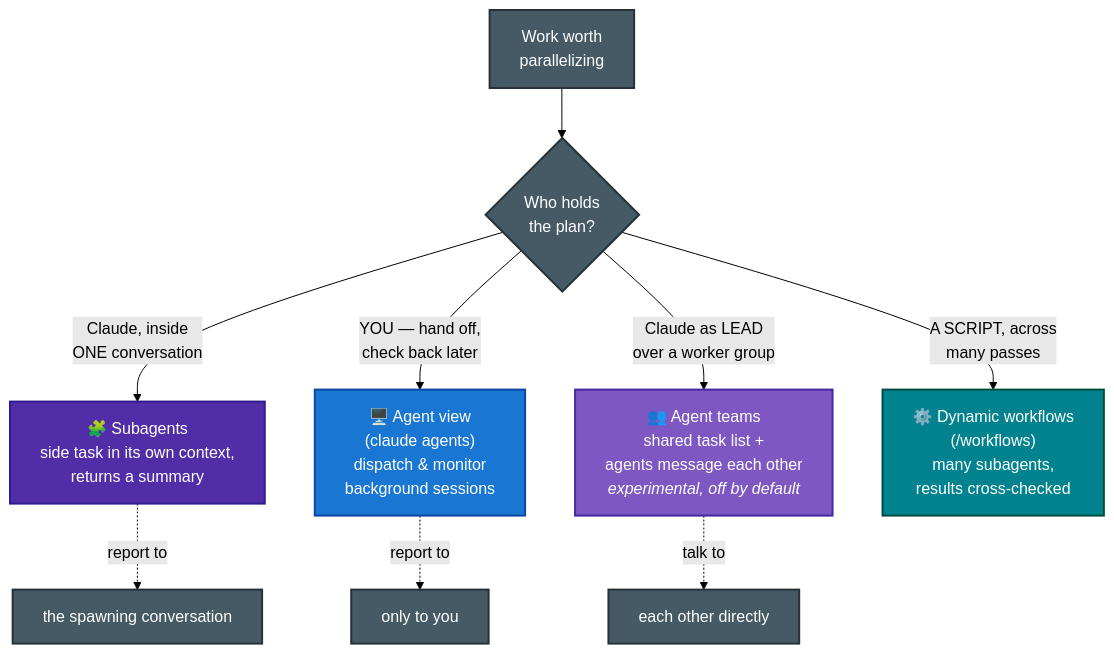
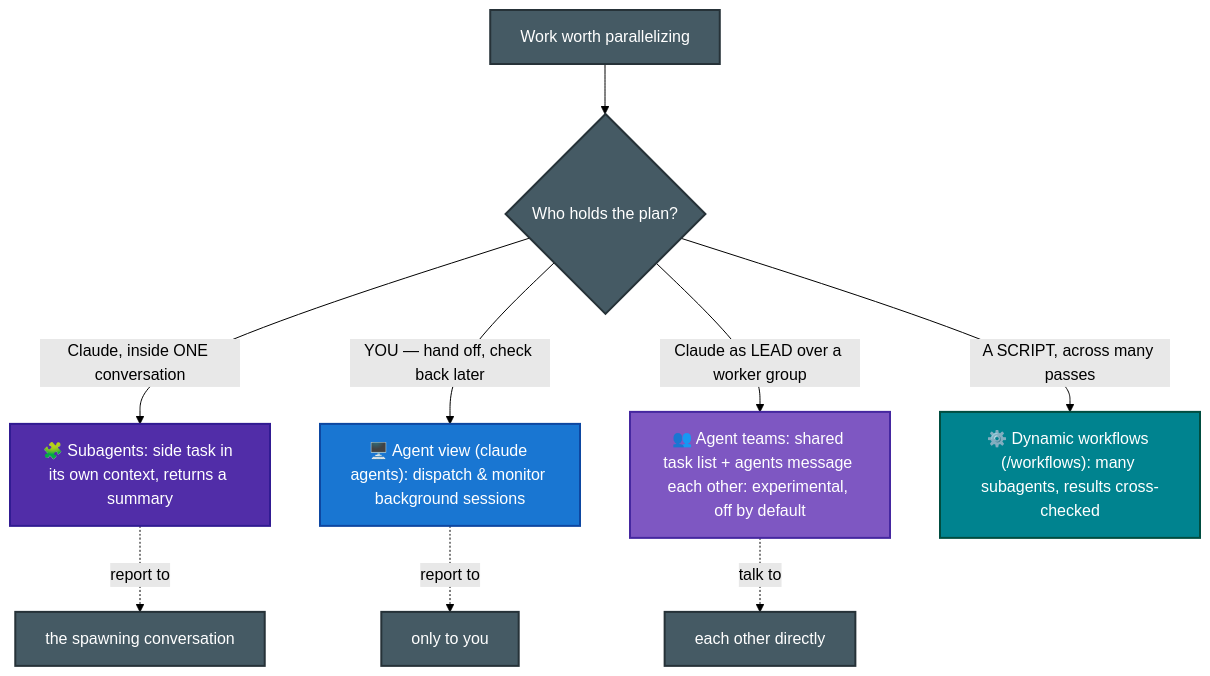
The eighth of 8 diagrams in CCA-F/domains/d1-agentic-architecture.md (parmar-m/claude-architect-certification-prep), drawn with Mermaid (forest theme) before and after one commit. The commit also changed other lines of this file and 25 other files, not shown here.

````diff
--- a/CCA-F/domains/d1-agentic-architecture.md
+++ b/CCA-F/domains/d1-agentic-architecture.md
@@ -746,21 +746,21 @@
 ```mermaid
 flowchart TD
-    Q["Work worth<br/>parallelizing"] --> WHO{"Who holds<br/>the plan?"}
-    WHO -- "Claude, inside<br/>ONE conversation" --> SUB["🧩 Subagents<br/>side task in its own context,<br/>returns a summary"]
-    WHO -- "YOU — hand off,<br/>check back later" --> AV["🖥️ Agent view<br/>(claude agents)<br/>dispatch &amp; monitor<br/>background sessions"]
-    WHO -- "Claude as LEAD<br/>over a worker group" --> AT["👥 Agent teams<br/>shared task list +<br/>agents message each other<br/><i>experimental, off by default</i>"]
-    WHO -- "A SCRIPT, across<br/>many passes" --> DW["⚙️ Dynamic workflows<br/>(/workflows)<br/>many subagents,<br/>results cross-checked"]
+    Q["Work worth parallelizing"] --> WHO{"Who holds the plan?"}
+    WHO -- "Claude, inside ONE conversation" --> SUB["🧩 Subagents: side task in its own context, returns a summary"]
+    WHO -- "YOU — hand off, check back later" --> AV["🖥️ Agent view (claude agents): dispatch &amp; monitor background sessions"]
+    WHO -- "Claude as LEAD over a worker group" --> AT["👥 Agent teams: shared task list + agents message each other: experimental, off by default"]
+    WHO -- "A SCRIPT, across many passes" --> DW["⚙️ Dynamic workflows (/workflows): many subagents, results cross-checked"]
     SUB -.->|report to| CONV["the spawning conversation"]
     AV -.->|report to| YOU["only to you"]
     AT -.->|talk to| EACH["each other directly"]
     classDef one fill:#512DA8,color:#fff,stroke:#311B92,stroke-width:2px
     classDef you fill:#1976D2,color:#fff,stroke:#0D47A1,stroke-width:2px
     classDef team fill:#7E57C2,color:#fff,stroke:#4527A0,stroke-width:2px
     classDef script fill:#00838F,color:#fff,stroke:#004D40,stroke-width:2px
     classDef io fill:#455A64,color:#fff,stroke:#263238,stroke-width:2px
     class SUB one
     class AV you
     class AT team
     class DW script
     class Q,WHO,CONV,YOU,EACH io
 ```
````
